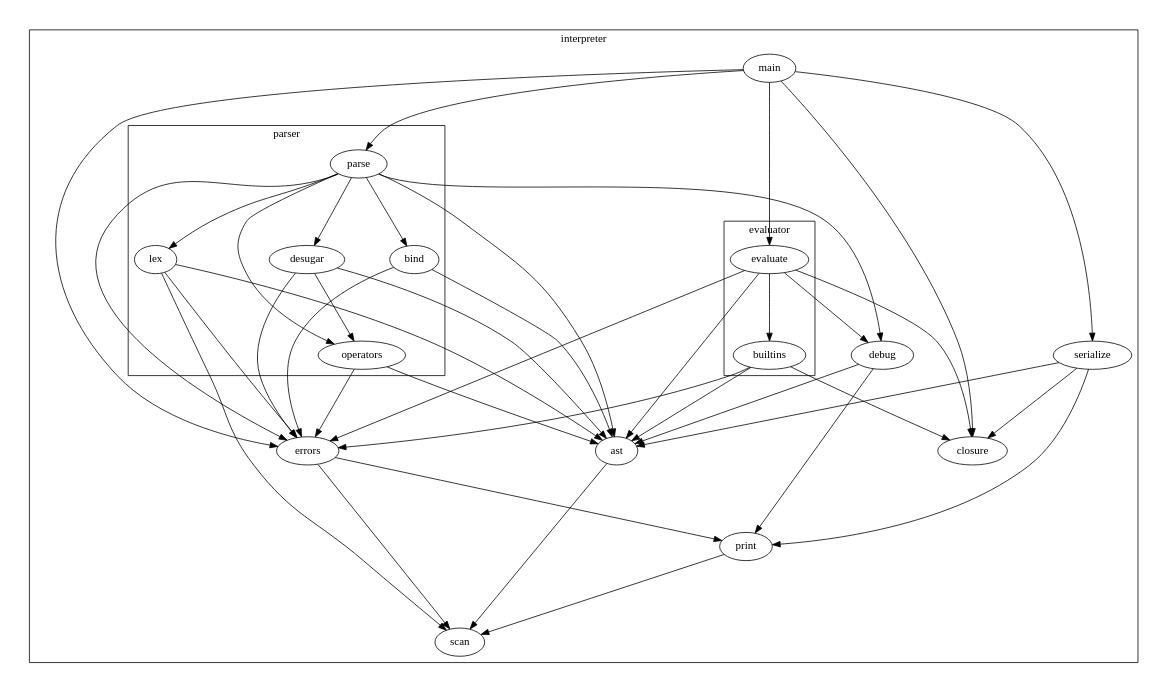
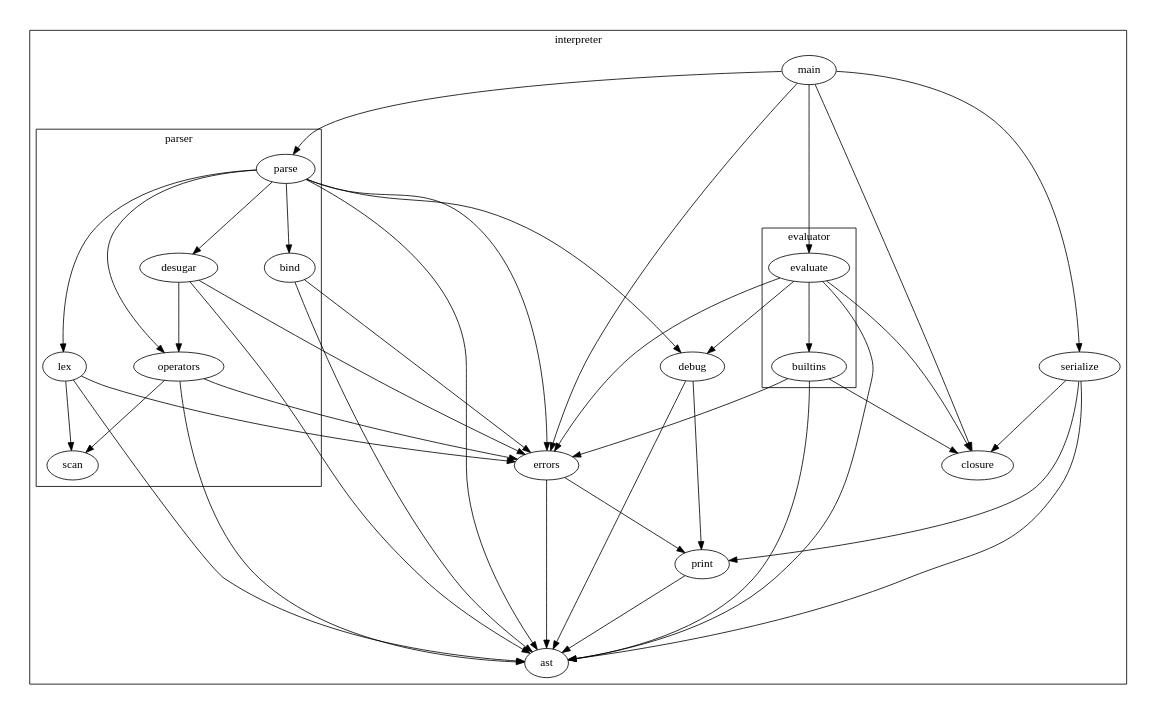
One commit to clark800/lambda-zero changed the diagram in doc/architecture.dot. Above: the diagram before and after it, drawn with Graphviz. The commit also changed 22 other files, not shown here.

```diff
--- a/doc/architecture.dot
+++ b/doc/architecture.dot
@@ -1,87 +1,85 @@
 // to build this diagram, install graphviz and run the following command:
 // dot -o architecture.pdf -T pdf architecture.dot
 // note: ordering=out seems to be not working due to a bug in graphviz
 digraph graphname {
     size=6;
     ranksep=1.2;
     nodesep=0.8;
     mclimit=100;
 
     subgraph cluster_interpreter {
         label="interpreter";
         subgraph cluster_parser {
             label="parser";
             desugar;
             bind;
             operators;
             parse;
             lex;
+            scan;
         }
+        ast;
+        print;
         debug;
-        scan;
-        ast;
-        serialize;
-        print;
         errors;
-        closure;
-        main;
         subgraph cluster_evaluator {
             label="evaluator";
             evaluate;
             builtins;
         }
+        closure;
+        serialize;
+        main;
     }
 
-    ast -> scan;
+    print -> ast;
 
-    print -> scan;
-
-    errors -> scan;
+    errors -> ast;
     errors -> print;
 
     debug -> ast;
     debug -> print;
 
     serialize -> ast;
     serialize -> print;
     serialize -> closure;
 
     lex -> scan;
     lex -> ast;
     lex -> errors;
 
     bind -> ast;
     bind -> errors;
 
     desugar -> ast;
     desugar -> errors;
     desugar -> operators;
 
     operators -> ast;
+    operators -> scan;
     operators -> errors;
 
     parse -> ast;
     parse -> errors;
     parse -> lex;
     parse -> operators;
     parse -> desugar;
     parse -> bind;
     parse -> debug;
 
     builtins -> ast;
     builtins -> errors;
     builtins -> closure;
 
     evaluate -> ast;
     evaluate -> errors;
     evaluate -> debug;
     evaluate -> closure;
     evaluate -> builtins;
 
+    main -> closure;
+    main -> errors;
     main -> parse;
     main -> evaluate;
     main -> serialize;
-    main -> errors;
-    main -> closure;
-
 }
```
